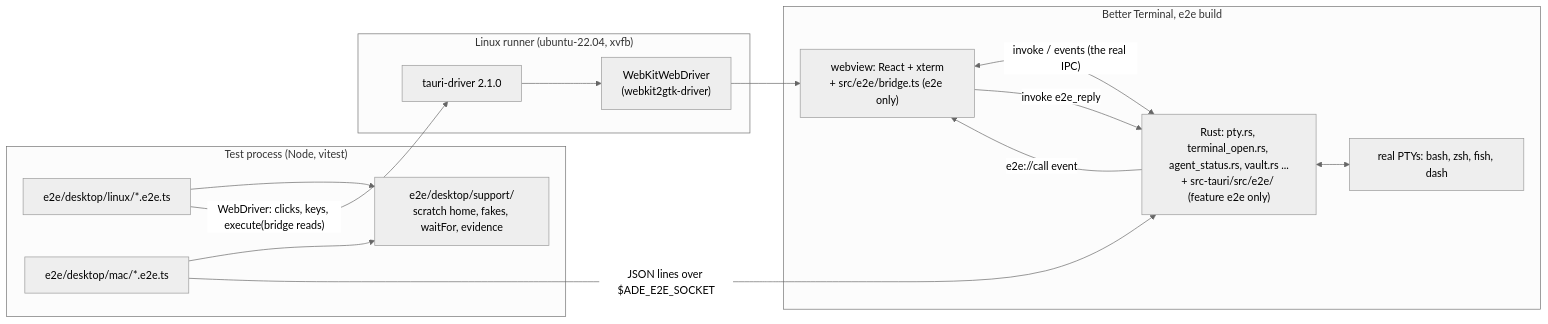
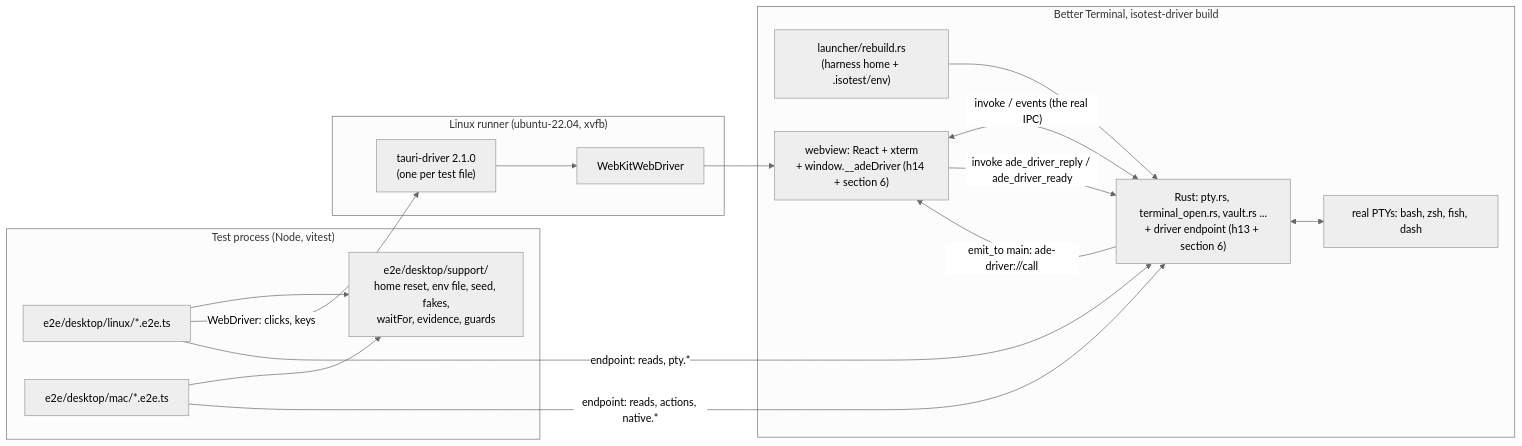
The first of 2 diagrams in docs/superpowers/specs/2026-11-09-desktop-e2e-design.md (alvin-reyes/better-agentic-ide), drawn with Mermaid (neutral theme) before and after one commit. The commit also changed other lines of this file and 2 other files, not shown here.

Commit message:
Design: desktop e2e plan, revision 2 (builds on isotest-driver; ADR 0030 still proposed)

````diff
--- a/docs/superpowers/specs/2026-11-09-desktop-e2e-design.md
+++ b/docs/superpowers/specs/2026-11-09-desktop-e2e-design.md
@@ -57,25 +105,28 @@
 ```mermaid
 flowchart LR
   subgraph Runner["Test process (Node, vitest)"]
     LS["e2e/desktop/linux/*.e2e.ts"]
     MS["e2e/desktop/mac/*.e2e.ts"]
-    SUP["e2e/desktop/support/\nscratch home, fakes, waitFor, evidence"]
+    SUP["e2e/desktop/support/\nhome reset, env file, seed, fakes,\nwaitFor, evidence, guards"]
   end
   subgraph Linux["Linux runner (ubuntu-22.04, xvfb)"]
-    TD["tauri-driver 2.1.0"] --> WKD["WebKitWebDriver\n(webkit2gtk-driver)"]
+    TD["tauri-driver 2.1.0\n(one per test file)"] --> WKD["WebKitWebDriver"]
   end
-  subgraph App["Better Terminal, e2e build"]
-    WV["webview: React + xterm\n+ src/e2e/bridge.ts (e2e only)"]
-    RS["Rust: pty.rs, terminal_open.rs, agent_status.rs, vault.rs ...\n+ src-tauri/src/e2e/ (feature e2e only)"]
+  subgraph App["Better Terminal, isotest-driver build"]
+    RB["launcher/rebuild.rs\n(harness home + .isotest/env)"]
+    WV["webview: React + xterm\n+ window.__adeDriver (h14 + section 6)"]
+    RS["Rust: pty.rs, terminal_open.rs, vault.rs ...\n+ driver endpoint (h13 + section 6)"]
+    RB --> RS
     WV <-- "invoke / events (the real IPC)" --> RS
     PTY["real PTYs: bash, zsh, fish, dash"]
     RS <--> PTY
   end
   LS --> SUP
   MS --> SUP
-  LS -- "WebDriver: clicks, keys, execute(bridge reads)" --> TD
+  LS -- "WebDriver: clicks, keys" --> TD
   WKD --> WV
-  MS -- "JSON lines over $ADE_E2E_SOCKET" --> RS
-  RS -- "e2e://call event" --> WV
-  WV -- "invoke e2e_reply" --> RS
+  LS -- "endpoint: reads, pty.*" --> RS
+  MS -- "endpoint: reads, actions, native.*" --> RS
+  RS -- "emit_to main: ade-driver://call" --> WV
+  WV -- "invoke ade_driver_reply / ade_driver_ready" --> RS
 ```
````
